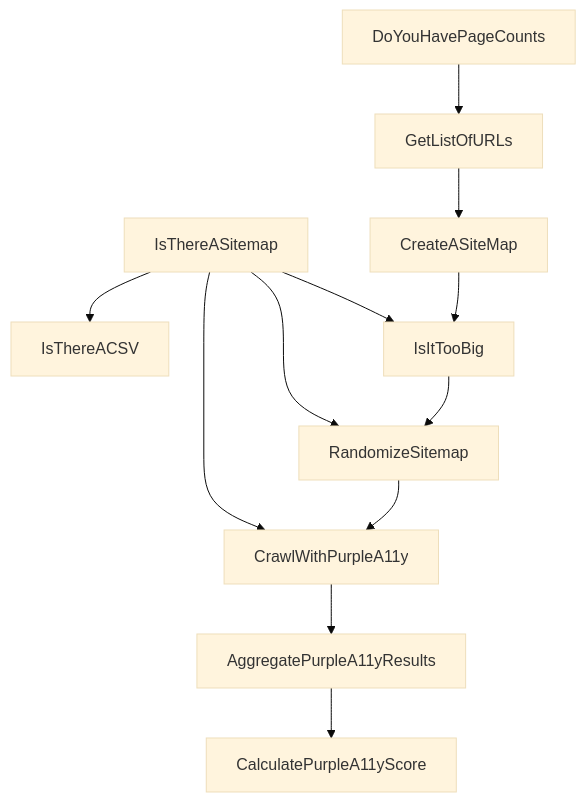
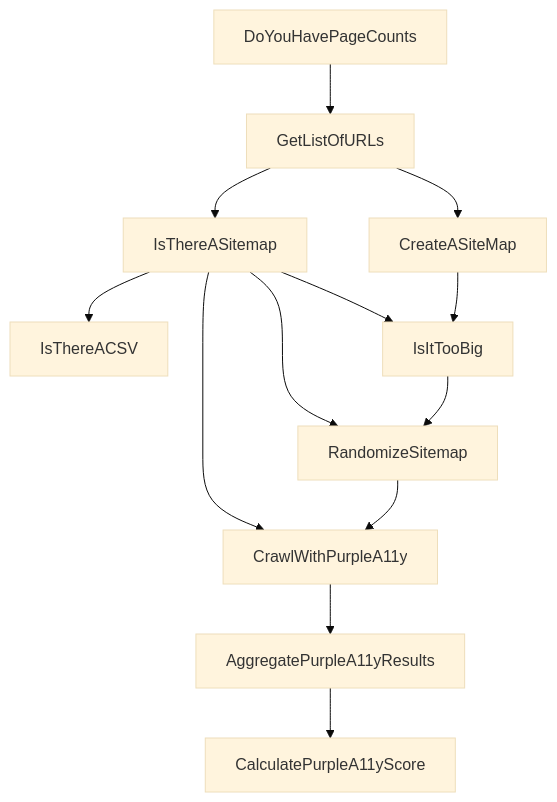
The diagram in sitemap-tools/decision-tree.md (mgifford/purple-a11y), drawn with Mermaid (base theme) before and after one commit.

````diff
--- a/sitemap-tools/decision-tree.md
+++ b/sitemap-tools/decision-tree.md
@@ -3,15 +3,16 @@
 ```mermaid
 graph TD;
     IsThereASitemap-->IsThereACSV;
     DoYouHavePageCounts-->GetListOfURLs;
+    GetListOfURLs-->IsThereASitemap;
     GetListOfURLs-->CreateASiteMap;
     IsThereASitemap-->CrawlWithPurpleA11y;
     IsThereASitemap-->IsItTooBig;
     IsThereASitemap-->RandomizeSitemap;
     CreateASiteMap-->IsItTooBig;
     IsItTooBig-->RandomizeSitemap;
     RandomizeSitemap-->CrawlWithPurpleA11y;
     CrawlWithPurpleA11y-->AggregatePurpleA11yResults;
     AggregatePurpleA11yResults-->CalculatePurpleA11yScore
 
 ```
````
